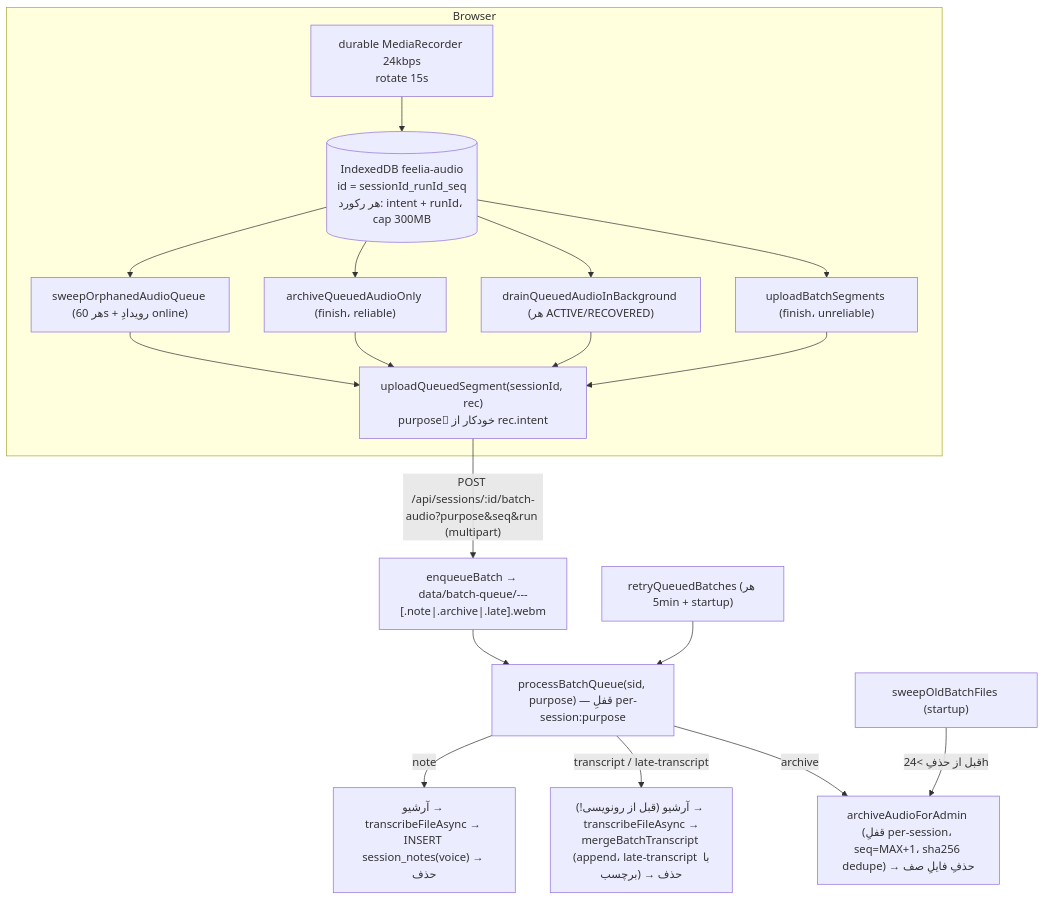
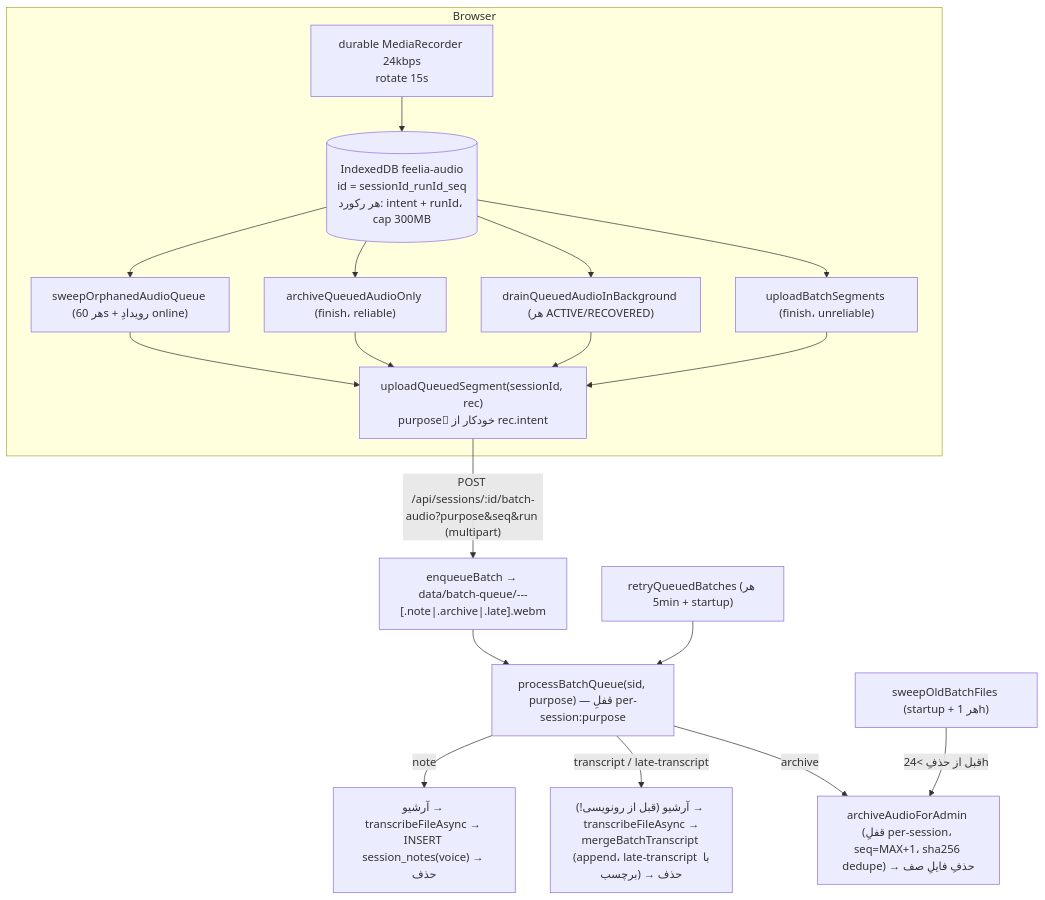
The diagram in docs/07-subsystems/02-audio-durability-batch-fallback.md (smohebzadeh86-hub/feeliaa), drawn with Mermaid before and after one commit. The commit also changed other lines of this file and 32 other files, not shown here.

````diff
--- a/docs/07-subsystems/02-audio-durability-batch-fallback.md
+++ b/docs/07-subsystems/02-audio-durability-batch-fallback.md
@@ -22,18 +22,18 @@
 ```mermaid
 flowchart TB
   subgraph Browser
     D["durable MediaRecorder 24kbps<br/>rotate 15s"] --> Q[("IndexedDB feelia-audio<br/>id = sessionId_runId_seq<br/>هر رکورد: intent + runId، cap 300MB")]
     Q --> U1["uploadBatchSegments (finish، unreliable)"]
     Q --> U2["drainQueuedAudioInBackground (هر ACTIVE/RECOVERED)"]
     Q --> U3["archiveQueuedAudioOnly (finish، reliable)"]
     Q --> U4["sweepOrphanedAudioQueue (هر 60s + رویدادِ online)"]
     U1 & U2 & U3 & U4 --> UQ["uploadQueuedSegment(sessionId, rec)<br/>purposeِ خودکار از rec.intent"]
   end
   UQ -->|"POST /api/sessions/:id/batch-audio?purpose&seq&run (multipart)"| E["enqueueBatch → data/batch-queue/<sid>-<seq6>-<runId>-<ts>[.note|.archive|.late].webm"]
   E --> P["processBatchQueue(sid, purpose) — قفلِ per-session:purpose"]
   P -->|archive| A["archiveAudioForAdmin (قفلِ per-session، seq=MAX+1، sha256 dedupe) → حذفِ فایلِ صف"]
   P -->|"transcript / late-transcript"| T["آرشیو (قبل از رونویسی!) → transcribeFileAsync →<br/>mergeBatchTranscript (append، late-transcript با برچسب) → حذف"]
   P -->|note| N["آرشیو → transcribeFileAsync → INSERT session_notes(voice) → حذف"]
   RW["retryQueuedBatches (هر 5min + startup)"] --> P
-  SW["sweepOldBatchFiles (startup)"] -->|"قبل از حذفِ >24h"| A
+  SW["sweepOldBatchFiles (startup + هر 1h)"] -->|"قبل از حذفِ >24h"| A
 ```
````
